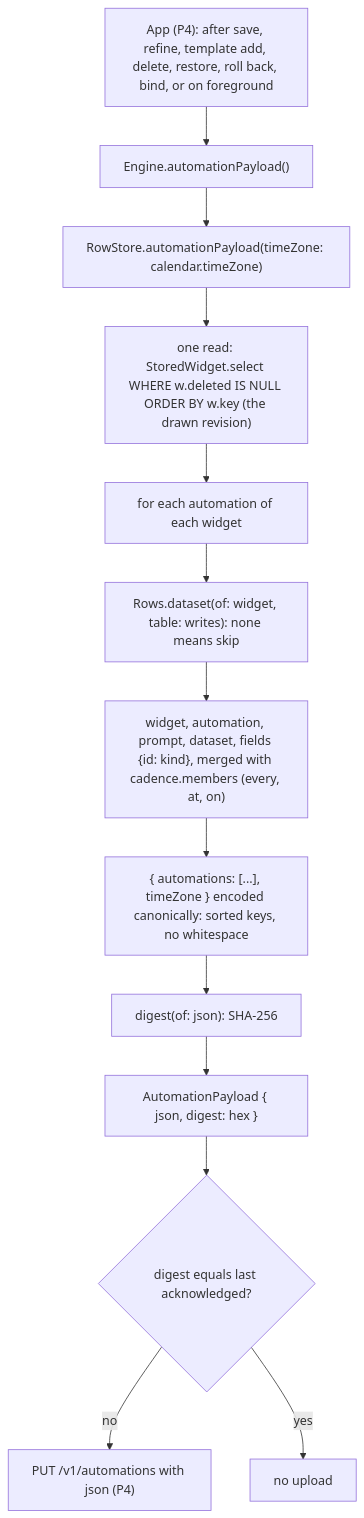
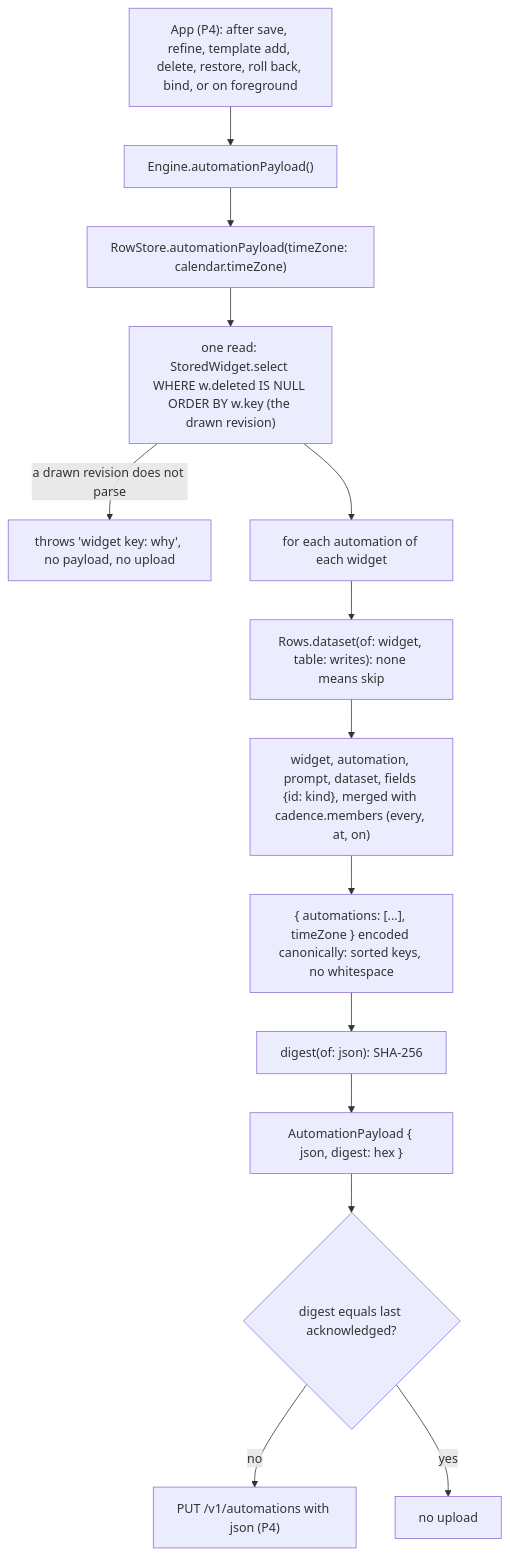
One commit to Krutik460/Widgie changed the sixth of 7 diagrams in docs/pr/22-phase-3-p1-engine.md. Above: the diagram before and after it, drawn with Mermaid. The commit also changed other lines of this file and 11 other files, not shown here.

First line of the commit message:
Review fixes for P1: the payload never leaves a widget out, and the vectors name why each bad case is refused

````diff
--- a/docs/pr/22-phase-3-p1-engine.md
+++ b/docs/pr/22-phase-3-p1-engine.md
@@ -191,15 +193,16 @@
 ```mermaid
 flowchart TD
   APP["App (P4): after save, refine, template add, delete, restore, roll back, bind, or on foreground"] --> AP["Engine.automationPayload()"]
   AP --> RSAP["RowStore.automationPayload(timeZone: calendar.timeZone)"]
   RSAP --> READ["one read: StoredWidget.select WHERE w.deleted IS NULL ORDER BY w.key (the drawn revision)"]
+  READ -->|"a drawn revision does not parse"| THROW["throws 'widget key: why', no payload, no upload"]
   READ --> EACH["for each automation of each widget"]
   EACH --> DS["Rows.dataset(of: widget, table: writes): none means skip"]
   DS --> ENTRY["widget, automation, prompt, dataset, fields {id: kind}, merged with cadence.members (every, at, on)"]
   ENTRY --> OBJ["{ automations: [...], timeZone } encoded canonically: sorted keys, no whitespace"]
   OBJ --> DIG["digest(of: json): SHA-256"]
   DIG --> OUT["AutomationPayload { json, digest: hex }"]
   OUT --> CMP{"digest equals last acknowledged?"}
   CMP -->|"no"| PUT["PUT /v1/automations with json (P4)"]
   CMP -->|"yes"| SKIP["no upload"]
 ```
````
